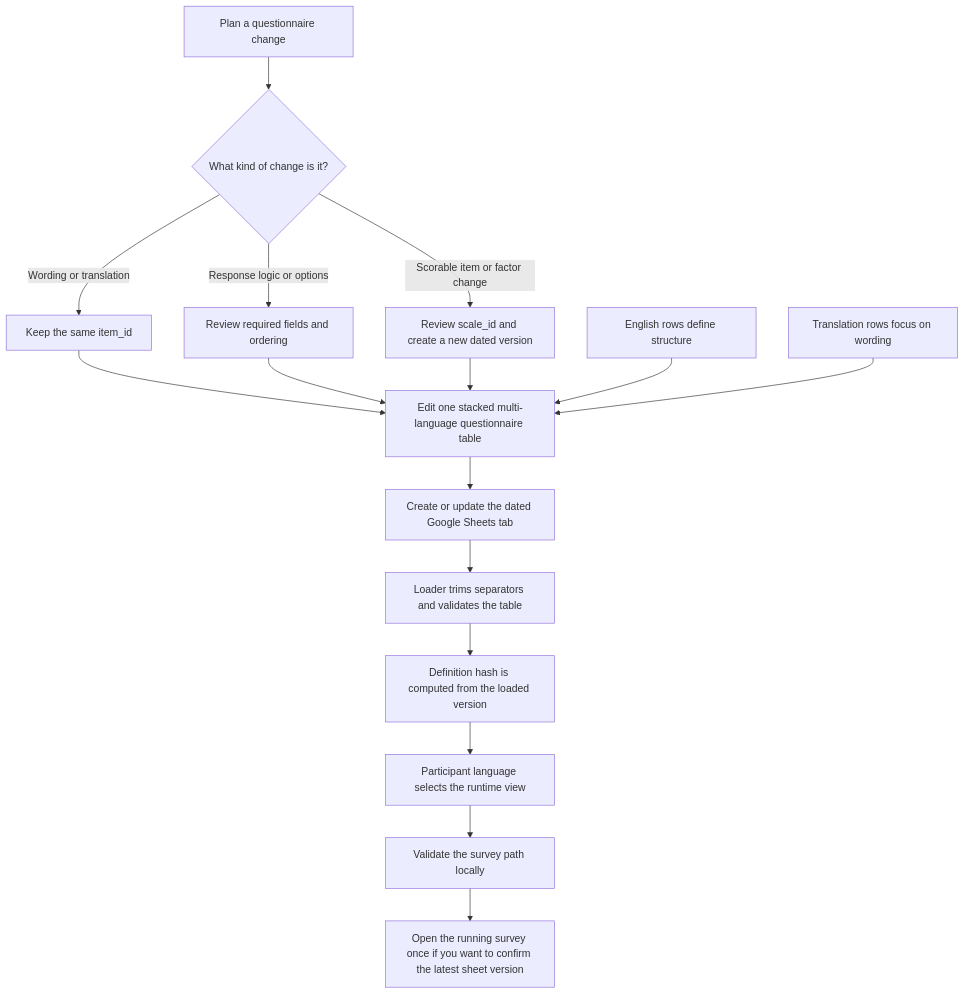
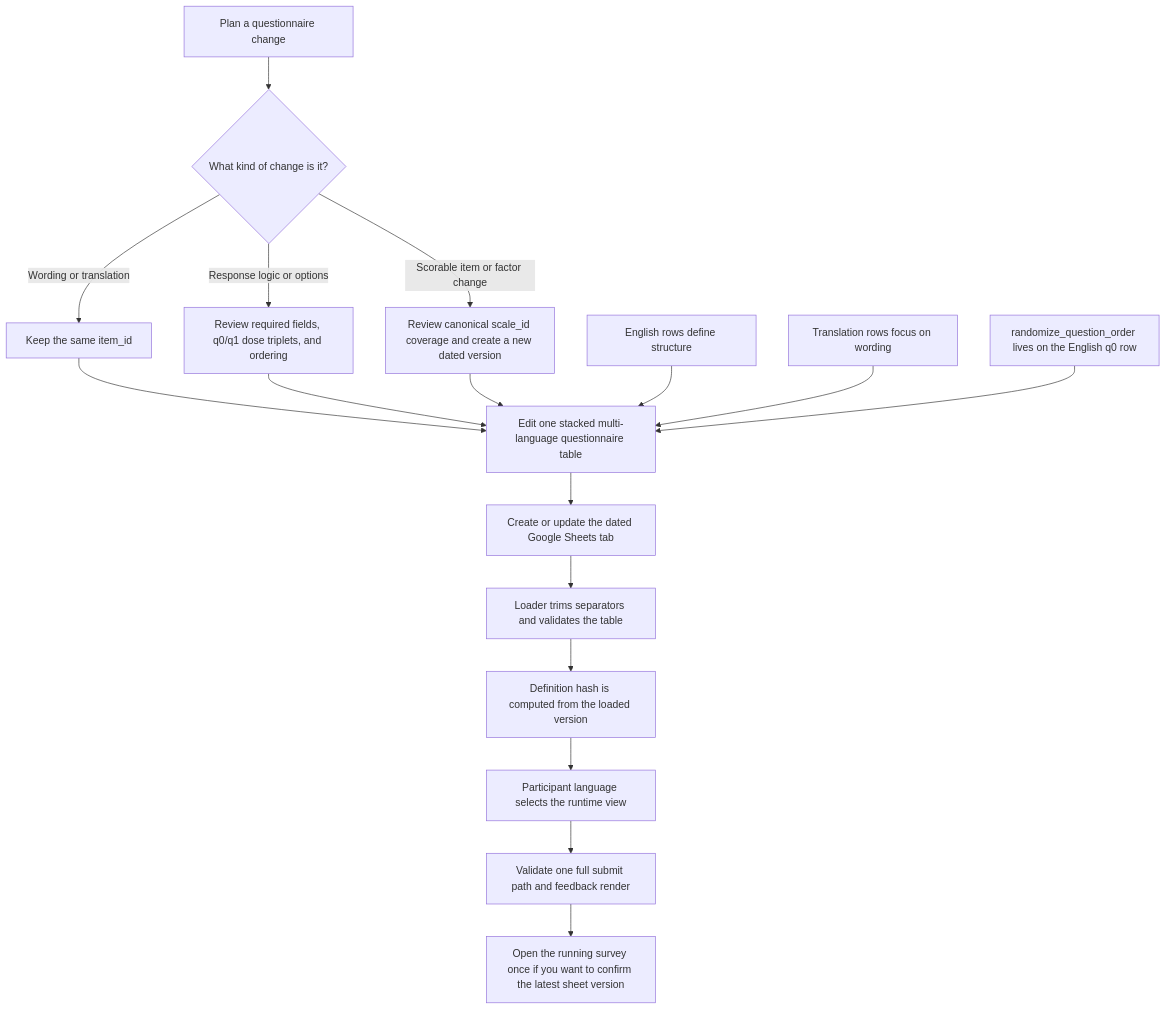
One commit to MesmerPrism/axp-mvp-survey-guide changed the diagram in docs/diagrams/questionnaire-adaptation-flow.mmd. Above: the diagram before and after it, drawn with Mermaid. The commit also changed 19 other files, not shown here.

```diff
--- a/docs/diagrams/questionnaire-adaptation-flow.mmd
+++ b/docs/diagrams/questionnaire-adaptation-flow.mmd
@@ -1,19 +1,20 @@
 flowchart TD
   A[Plan a questionnaire change] --> B{What kind of change is it?}
   B -->|Wording or translation| C[Keep the same item_id]
-  B -->|Response logic or options| D[Review required fields and ordering]
-  B -->|Scorable item or factor change| E[Review scale_id and create a new dated version]
+  B -->|Response logic or options| D[Review required fields, q0/q1 dose triplets, and ordering]
+  B -->|Scorable item or factor change| E[Review canonical scale_id coverage and create a new dated version]
 
   C --> F[Edit one stacked multi-language questionnaire table]
   D --> F
   E --> F
 
   G[English rows define structure] --> F
   H[Translation rows focus on wording] --> F
+  O[randomize_question_order lives on the English q0 row] --> F
 
   F --> I[Create or update the dated Google Sheets tab]
   I --> J[Loader trims separators and validates the table]
   J --> K[Definition hash is computed from the loaded version]
   K --> L[Participant language selects the runtime view]
-  L --> M[Validate the survey path locally]
+  L --> M[Validate one full submit path and feedback render]
   M --> N[Open the running survey once if you want to confirm the latest sheet version]
```
